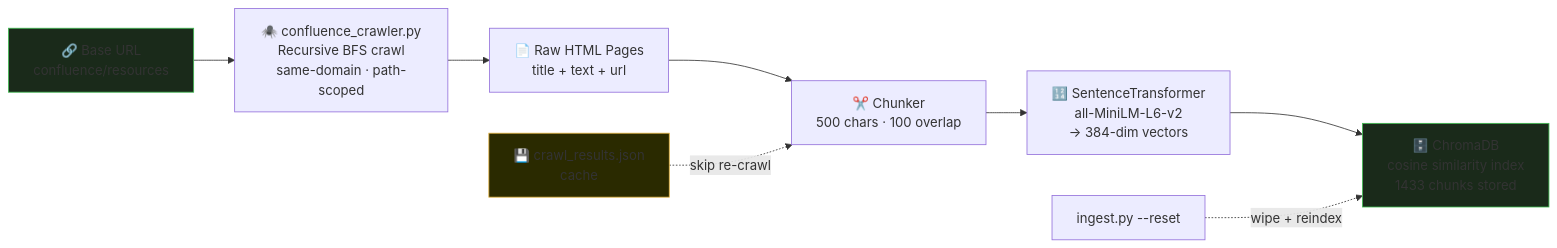
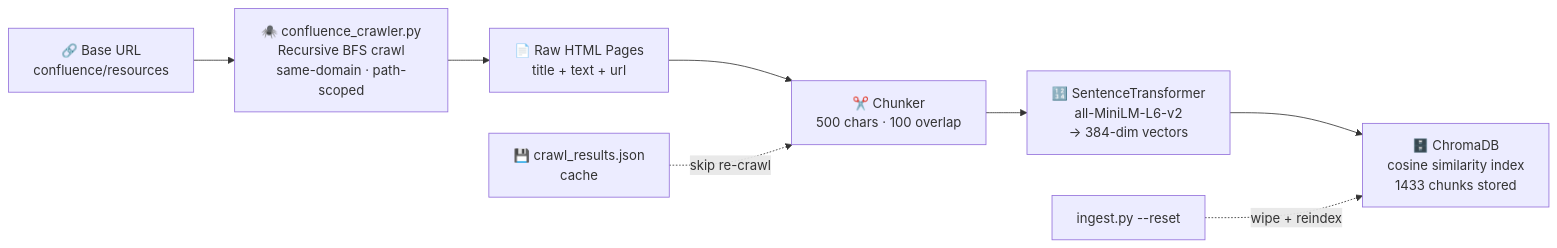
One commit to sutheesh/OpenChat changed the third of 5 diagrams in README.md. Above: the diagram before and after it, drawn with Mermaid. The commit also changed other lines of this file and 1 other file, not shown here.

Commit message:
update architecture

````diff
--- a/README.md
+++ b/README.md
@@ -382,16 +288,13 @@
 ```mermaid
 flowchart LR
     A["🔗 Base URL<br/>confluence/resources"] 
     --> B["🕷️ confluence_crawler.py<br/>Recursive BFS crawl<br/>same-domain · path-scoped"]
     --> C["📄 Raw HTML Pages<br/>title + text + url"]
     --> D["✂️ Chunker<br/>500 chars · 100 overlap"]
     --> E["🔢 SentenceTransformer<br/>all-MiniLM-L6-v2<br/>→ 384-dim vectors"]
     --> F["🗄️ ChromaDB<br/>cosine similarity index<br/>1433 chunks stored"]
 
     G["💾 crawl_results.json<br/>cache"] -.->|skip re-crawl| D
     H["ingest.py --reset"] -.->|wipe + reindex| F
 
-    style A fill:#1a2a1a,stroke:#3fb950
-    style F fill:#1a2a1a,stroke:#3fb950
-    style G fill:#2a2a00,stroke:#e3b341
 ```
````
